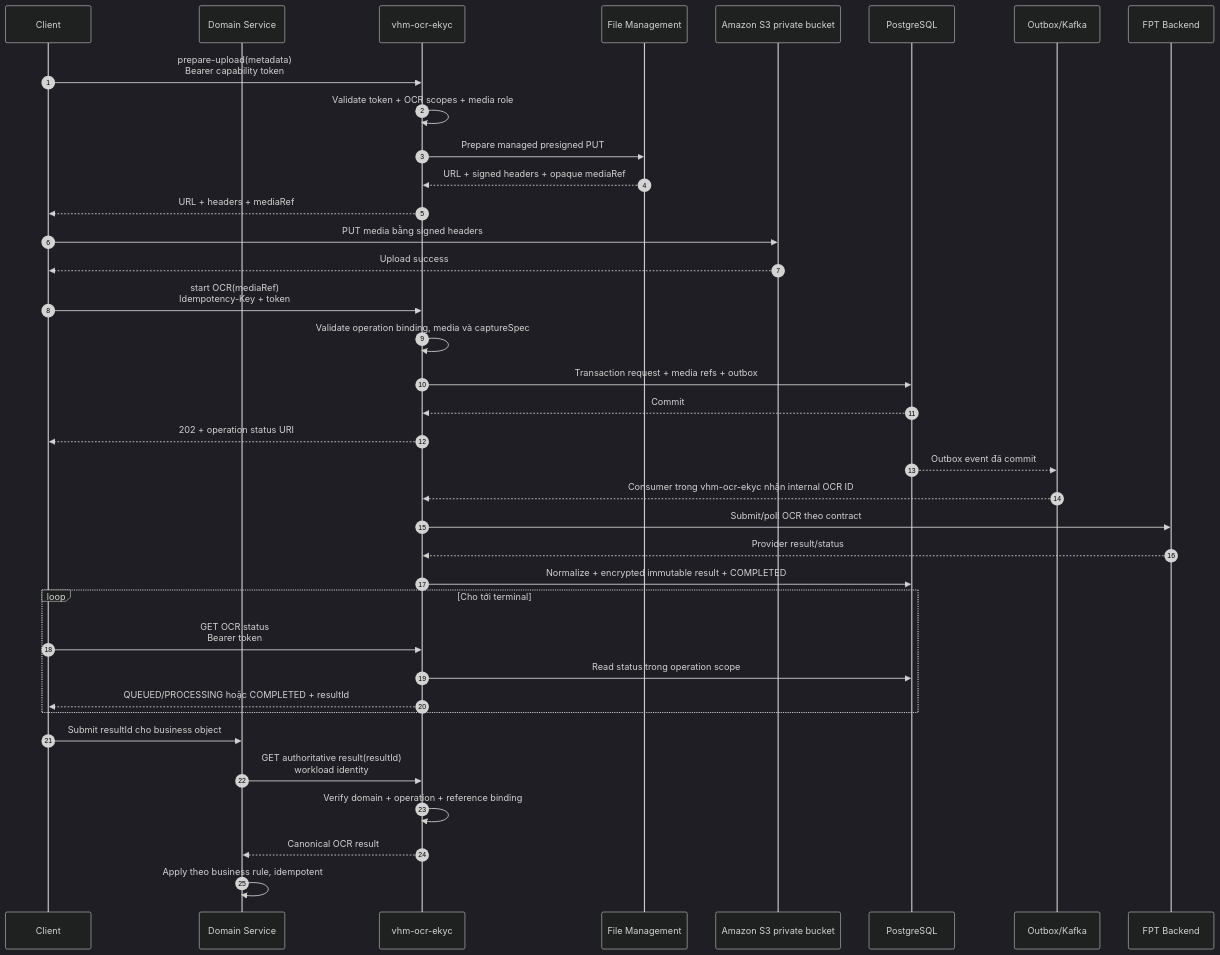
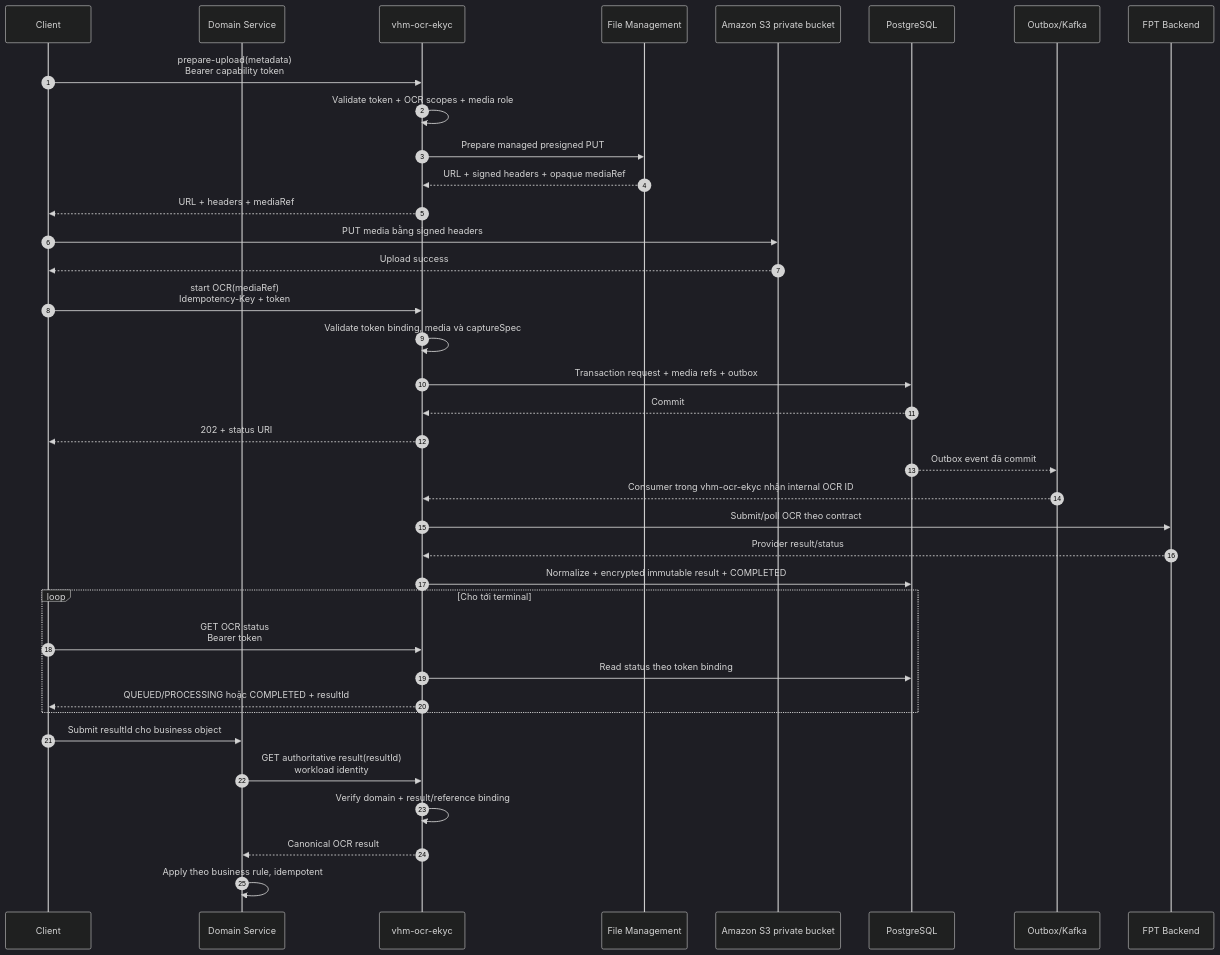
The third of 6 diagrams in tdd-ocr-ekyc-delegated-client-flow.md (huynv-xyz/vhm), drawn with Mermaid (dark theme) before and after one commit. The commit also changed other lines of this file, not shown here.

````diff
--- a/tdd-ocr-ekyc-delegated-client-flow.md
+++ b/tdd-ocr-ekyc-delegated-client-flow.md
@@ -208,44 +208,44 @@
 ```mermaid
 sequenceDiagram
     autonumber
     participant C as Client
     participant D as Domain Service
     participant O as vhm-ocr-ekyc
     participant FM as File Management
     participant S as Amazon S3 private bucket
     participant DB as PostgreSQL
     participant K as Outbox/Kafka
     participant F as FPT Backend
 
     C->>O: prepare-upload(metadata)<br/>Bearer capability token
     O->>O: Validate token + OCR scopes + media role
     O->>FM: Prepare managed presigned PUT
     FM-->>O: URL + signed headers + opaque mediaRef
     O-->>C: URL + headers + mediaRef
     C->>S: PUT media bằng signed headers
     S-->>C: Upload success
 
     C->>O: start OCR(mediaRef)<br/>Idempotency-Key + token
-    O->>O: Validate operation binding, media và captureSpec
+    O->>O: Validate token binding, media và captureSpec
     O->>DB: Transaction request + media refs + outbox
     DB-->>O: Commit
-    O-->>C: 202 + operation status URI
+    O-->>C: 202 + status URI
 
     DB-->>K: Outbox event đã commit
     K-->>O: Consumer trong vhm-ocr-ekyc nhận internal OCR ID
     O->>F: Submit/poll OCR theo contract
     F-->>O: Provider result/status
     O->>DB: Normalize + encrypted immutable result + COMPLETED
 
     loop Cho tới terminal
         C->>O: GET OCR status<br/>Bearer token
-        O->>DB: Read status trong operation scope
+        O->>DB: Read status theo token binding
         O-->>C: QUEUED/PROCESSING hoặc COMPLETED + resultId
     end
 
     C->>D: Submit resultId cho business object
     D->>O: GET authoritative result(resultId)<br/>workload identity
-    O->>O: Verify domain + operation + reference binding
+    O->>O: Verify domain + result/reference binding
     O-->>D: Canonical OCR result
     D->>D: Apply theo business rule, idempotent
 ```
````
